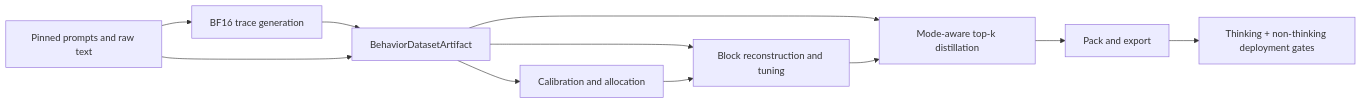
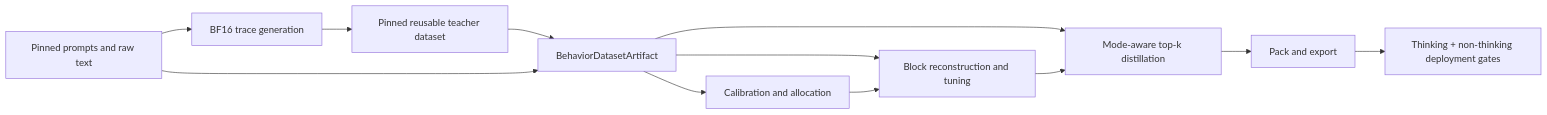
One commit to arelath/NanoQuant changed the diagram in Docs/36-qwen3-thinking-mode-quality.md. Above: the diagram before and after it, drawn with Mermaid. The commit also changed other lines of this file and 6 other files, not shown here.

Commit message:
feat: build reusable teacher response datasets

````diff
--- a/Docs/36-qwen3-thinking-mode-quality.md
+++ b/Docs/36-qwen3-thinking-mode-quality.md
@@ -384,13 +398,14 @@
 ```mermaid
 flowchart LR
     P["Pinned prompts and raw text"] --> T["BF16 trace generation"]
-    T --> D["BehaviorDatasetArtifact"]
+    T --> U["Pinned reusable teacher dataset"]
+    U --> D["BehaviorDatasetArtifact"]
     P --> D
     D --> C["Calibration and allocation"]
     D --> B["Block reconstruction and tuning"]
     D --> K["Mode-aware top-k distillation"]
     C --> B
     B --> K
     K --> E["Pack and export"]
     E --> Q["Thinking + non-thinking deployment gates"]
 ```
````
